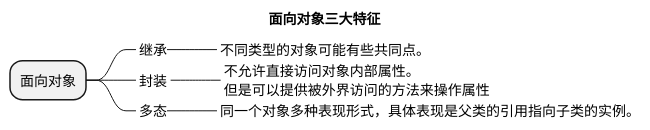
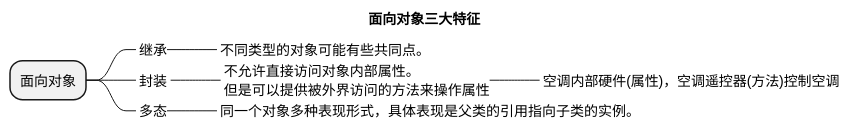
Before and after one commit to yayaa-uuu/study: the third of 7 diagrams in 面试/java/基础.md, drawn with PlantUML. The commit also changed other lines of this file and 8 other files, not shown here.

````diff
--- a/面试/java/基础.md
+++ b/面试/java/基础.md
@@ -10,13 +34,14 @@
 ```plantuml
 @startmindmap
 title 面向对象三大特征
 * 面向对象
 **_ 继承
 ***_ 不同类型的对象可能有些共同点。
 **_ 封装 
 ***_:不允许直接访问对象内部属性。
 但是可以提供被外界访问的方法来操作属性;
+****_ 空调内部硬件(属性)，空调遥控器(方法)控制空调
 **_ 多态
 ***_ 同一个对象多种表现形式，具体表现是父类的引用指向子类的实例。
 @endmindmap
 ```
````
